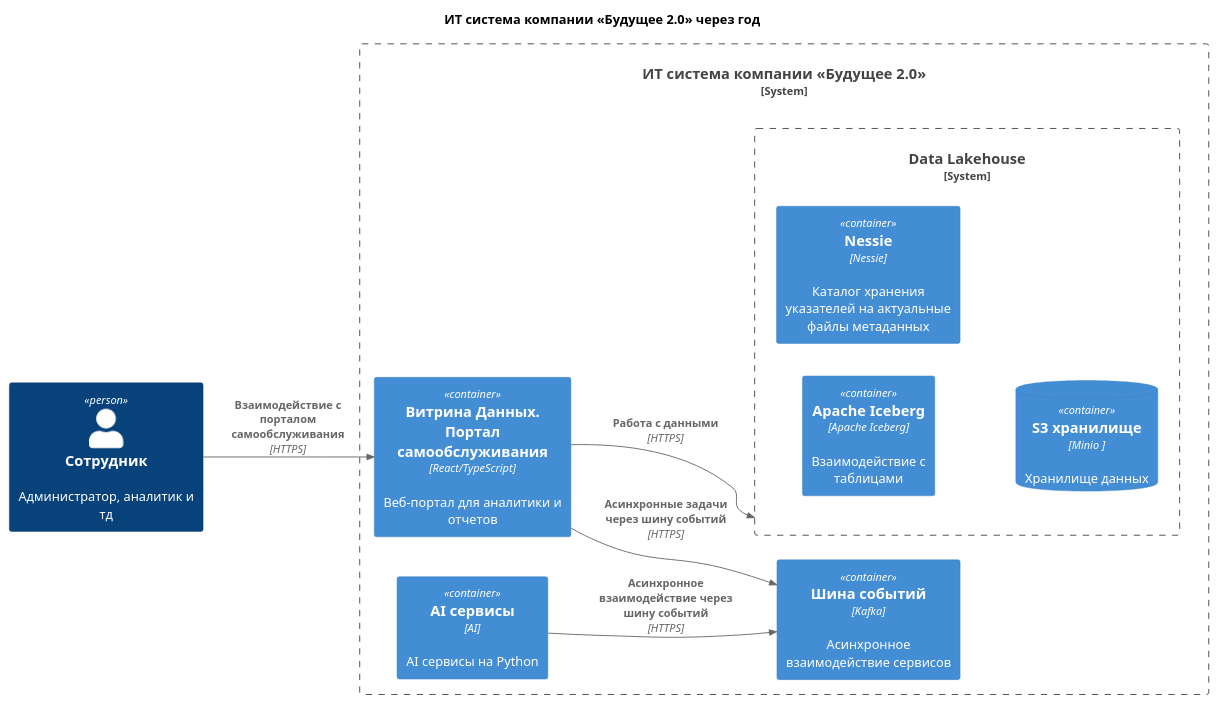
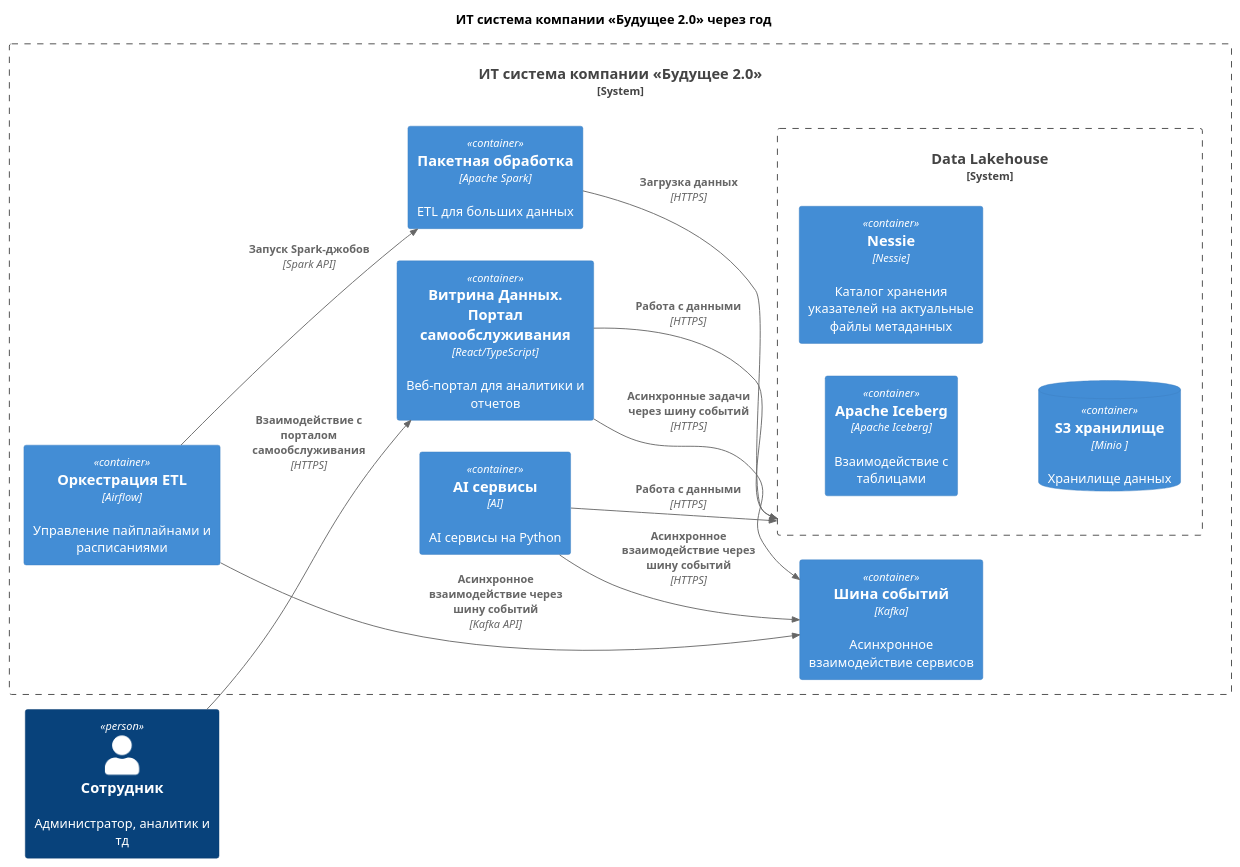
One commit to tovsky/architecture-future_2_0 changed the diagram in Task1/context-c4.puml. Above: the diagram before and after it, drawn with PlantUML. The commit also changed 2 other files, not shown here.

```diff
--- a/Task1/context-c4.puml
+++ b/Task1/context-c4.puml
@@ -1,25 +1,32 @@
 @startuml
 left to right direction
 
 !includeurl https://raw.githubusercontent.com/RicardoNiepel/C4-PlantUML/master/C4_Container.puml
 
 title ИТ система компании «Будущее 2.0» через год
 
 Person(Employee, "Сотрудник", "Администратор, аналитик и тд")
 
 System_Boundary(CompanySystem, "ИТ система компании «Будущее 2.0»") {
     Container(UiEmployee, "Витрина Данных. Портал самообслуживания", "React/TypeScript", "Веб-портал для аналитики и отчетов")
     Container(AiServices, "AI сервисы", "AI", "AI сервисы на Python")
     Container(Kafka, "Шина событий", "Kafka", "Асинхронное взаимодействие сервисов")
+    Container(Airflow, "Оркестрация ETL", "Airflow", "Управление пайплайнами и расписаниями")
+    Container(Spark, "Пакетная обработка", "Apache Spark", "ETL для больших данных")
+
     System_Boundary(DataLakehouse, "Data Lakehouse") {
         Container(ApacheIceberg, "Apache Iceberg", "Apache Iceberg", "Взаимодействие с таблицами")
         Container(Nessie, "Nessie", "Nessie", "Каталог хранения указателей на актуальные файлы метаданных")
         ContainerDb(Minio, "S3 хранилище", "Minio ", "Хранилище данных")
     }
 }
 
 Rel(Employee, UiEmployee, "Взаимодействие с порталом самообслуживания", "HTTPS")
 Rel(UiEmployee, DataLakehouse, "Работа с данными", "HTTPS")
 Rel(UiEmployee, Kafka, "Асинхронные задачи через шину событий", "HTTPS")
 Rel(AiServices, Kafka, "Асинхронное взаимодействие через шину событий", "HTTPS")
+Rel(AiServices, DataLakehouse, "Работа с данными", "HTTPS")
+Rel(Airflow, Kafka, "Асинхронное взаимодействие через шину событий", "Kafka API")
+Rel(Airflow, Spark, "Запуск Spark-джобов", "Spark API")
+Rel(Spark, DataLakehouse, "Загрузка данных", "HTTPS")
 @enduml
```
